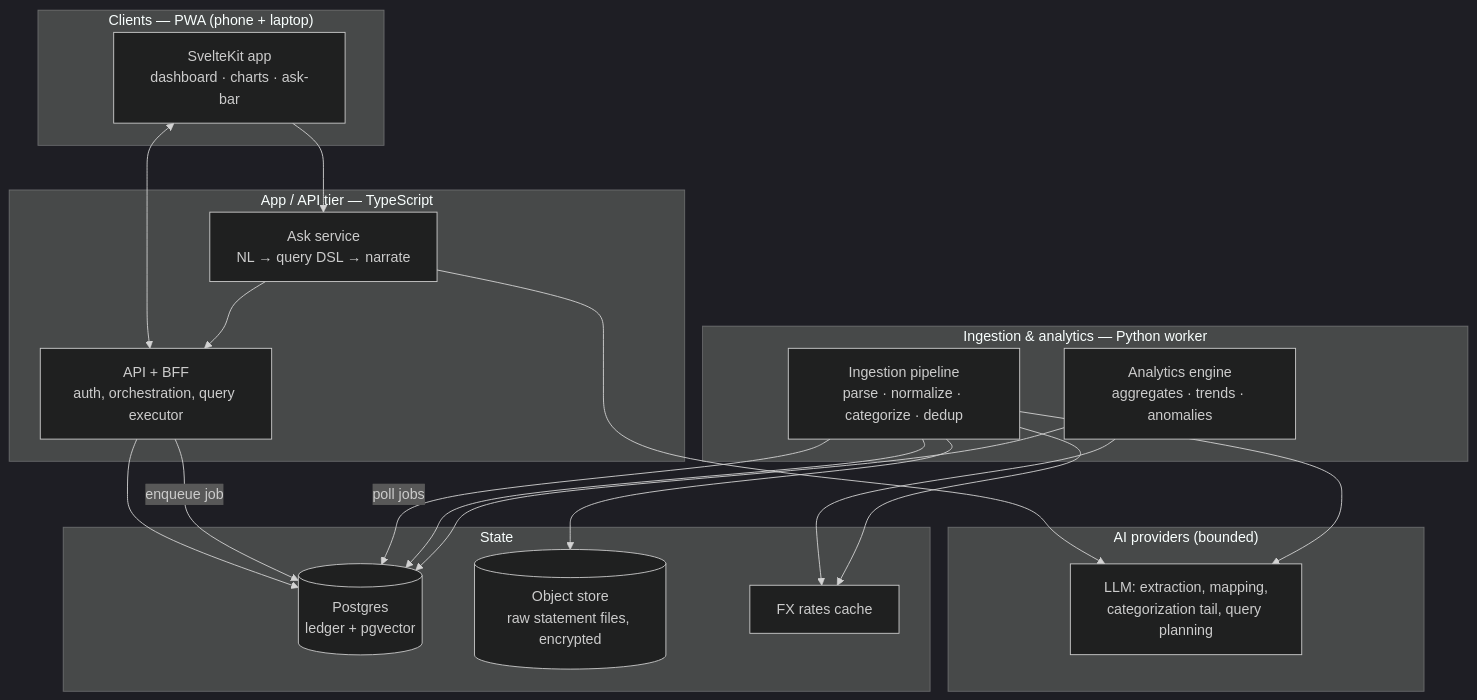
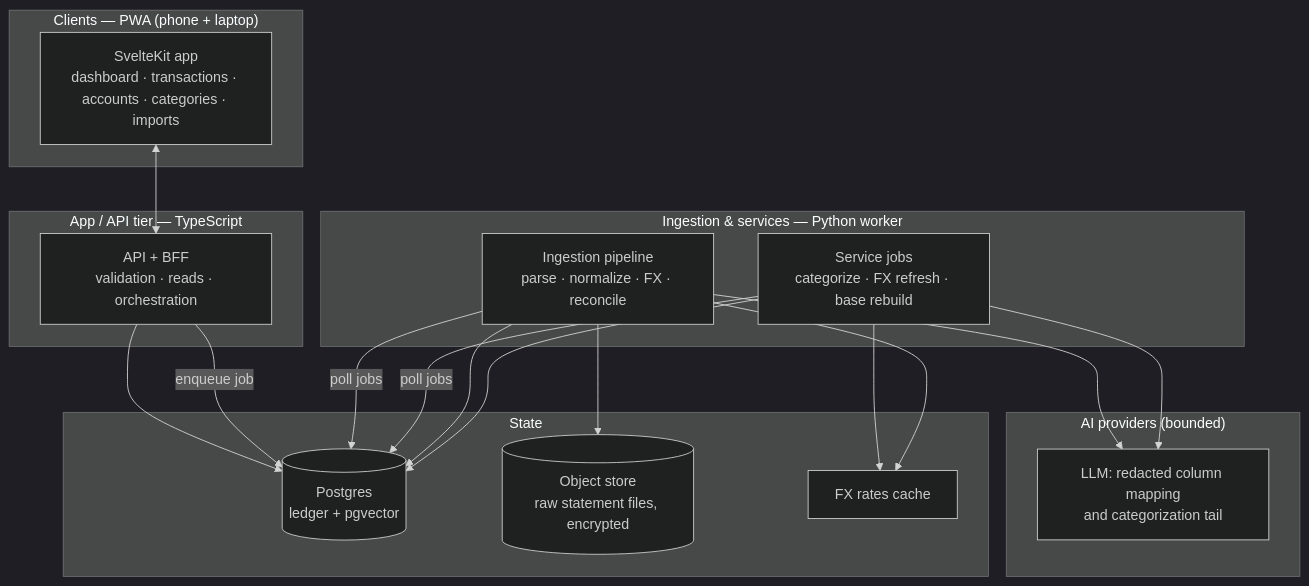
The first of 5 diagrams in docs/ARCHITECTURE.md (Shady-C/ledger), drawn with Mermaid (dark theme) before and after one commit. The commit also changed other lines of this file and 10 other files, not shown here.

````diff
--- a/docs/ARCHITECTURE.md
+++ b/docs/ARCHITECTURE.md
@@ -55,40 +58,38 @@
 ```mermaid
 flowchart TB
     subgraph Client["Clients — PWA (phone + laptop)"]
-        UI["SvelteKit app<br/>dashboard · charts · ask-bar"]
+        UI["SvelteKit app<br/>dashboard · transactions · accounts · categories · imports"]
     end
 
     subgraph Edge["App / API tier — TypeScript"]
-        API["API + BFF<br/>auth, orchestration, query executor"]
-        AGENT["Ask service<br/>NL → query DSL → narrate"]
+        API["API + BFF<br/>validation · reads · orchestration"]
     end
 
-    subgraph Work["Ingestion & analytics — Python worker"]
-        ING["Ingestion pipeline<br/>parse · normalize · categorize · dedup"]
-        ANALYTICS["Analytics engine<br/>aggregates · trends · anomalies"]
+    subgraph Work["Ingestion & services — Python worker"]
+        ING["Ingestion pipeline<br/>parse · normalize · FX · reconcile"]
+        SVC["Service jobs<br/>categorize · FX refresh · base rebuild"]
     end
 
     subgraph AI["AI providers (bounded)"]
-        LLM["LLM: extraction, mapping,<br/>categorization tail, query planning"]
+        LLM["LLM: redacted column mapping<br/>and categorization tail"]
     end
 
     subgraph Data["State"]
         PG[("Postgres<br/>ledger + pgvector")]
         OBJ[("Object store<br/>raw statement files, encrypted")]
         FX["FX rates cache"]
     end
 
     UI <--> API
-    UI --> AGENT
     API --> PG
-    AGENT --> LLM
-    AGENT --> API
     API -- enqueue job --> PG
     ING -- poll jobs --> PG
+    SVC -- poll jobs --> PG
     ING --> OBJ
     ING --> LLM
     ING --> PG
-    ANALYTICS --> PG
-    ANALYTICS --> FX
+    SVC --> LLM
+    SVC --> FX
+    SVC --> PG
     ING --> FX
 ```
````
